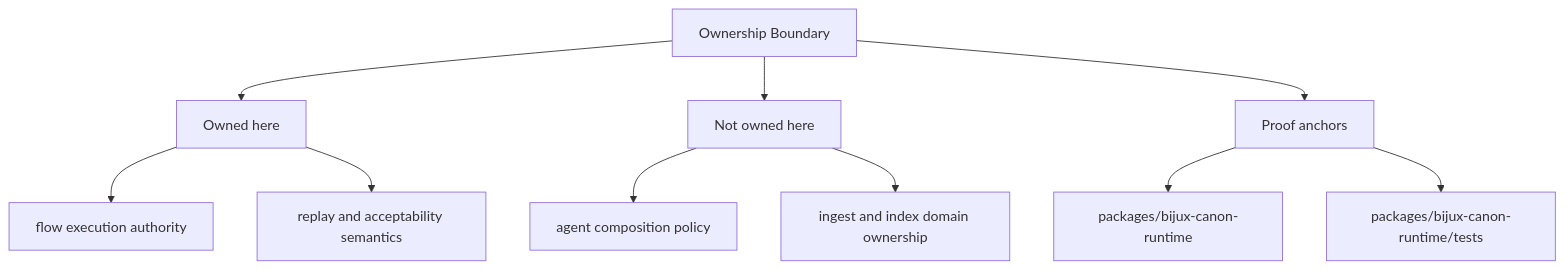
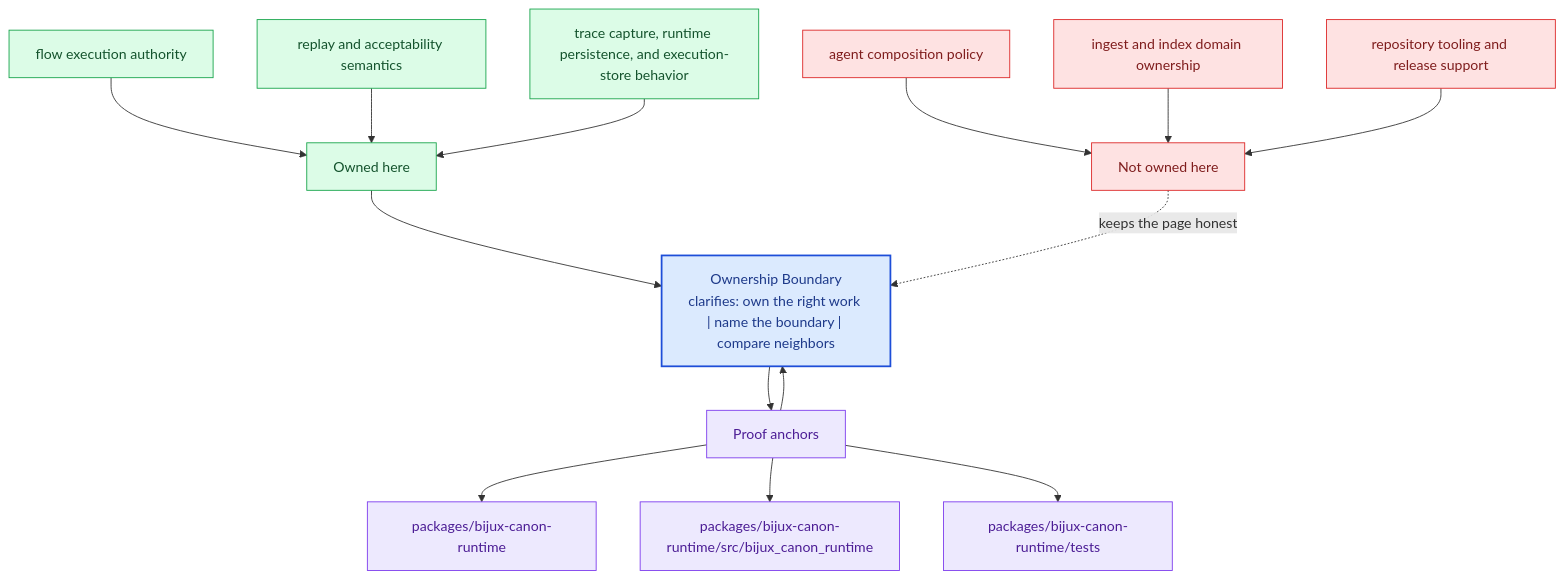
The second of 2 diagrams in docs/bijux-canon-runtime/foundation/ownership-boundary.md (bijux/bijux-canon), drawn with Mermaid before and after one commit. The commit also changed other lines of this file and 281 other files, not shown here.

Commit message:
docs(diagrams): deepen handbook mermaid maps across the catalog

````diff
--- a/docs/bijux-canon-runtime/foundation/ownership-boundary.md
+++ b/docs/bijux-canon-runtime/foundation/ownership-boundary.md
@@ -35,22 +68,40 @@
 ```mermaid
-flowchart TD
-    page["Ownership Boundary"]
+flowchart TB
+    promise["Ownership Boundary<br/>clarifies: own the right work | name the boundary | compare neighbors"]
+    classDef promise fill:#dbeafe,stroke:#1d4ed8,color:#1e3a8a,stroke-width:2px;
+    classDef driver fill:#dcfce7,stroke:#16a34a,color:#14532d;
+    classDef constraint fill:#fee2e2,stroke:#dc2626,color:#7f1d1d;
+    classDef ground fill:#ede9fe,stroke:#7c3aed,color:#4c1d95;
     focus1["Owned here"]
-    page --> focus1
+    focus1 --> promise
     focus1_1["flow execution authority"]
-    focus1 --> focus1_1
+    focus1_1 --> focus1
     focus1_2["replay and acceptability semantics"]
-    focus1 --> focus1_2
+    focus1_2 --> focus1
+    focus1_3["trace capture, runtime persistence, and execution-store behavior"]
+    focus1_3 --> focus1
+    class focus1 driver;
+    class focus1_1,focus1_2,focus1_3 driver;
     focus2["Not owned here"]
-    page --> focus2
+    focus2 -.keeps the page honest.-> promise
     focus2_1["agent composition policy"]
-    focus2 --> focus2_1
+    focus2_1 --> focus2
     focus2_2["ingest and index domain ownership"]
-    focus2 --> focus2_2
+    focus2_2 --> focus2
+    focus2_3["repository tooling and release support"]
+    focus2_3 --> focus2
+    class focus2 constraint;
+    class focus2_1,focus2_2,focus2_3 constraint;
     focus3["Proof anchors"]
-    page --> focus3
+    focus3 --> promise
+    promise --> focus3
     focus3_1["packages/bijux-canon-runtime"]
     focus3 --> focus3_1
-    focus3_2["packages/bijux-canon-runtime/tests"]
+    focus3_2["packages/bijux-canon-runtime/src/bijux_canon_runtime"]
     focus3 --> focus3_2
+    focus3_3["packages/bijux-canon-runtime/tests"]
+    focus3 --> focus3_3
+    class focus3 ground;
+    class focus3_1,focus3_2,focus3_3 ground;
+    class promise promise;
 ```
````
